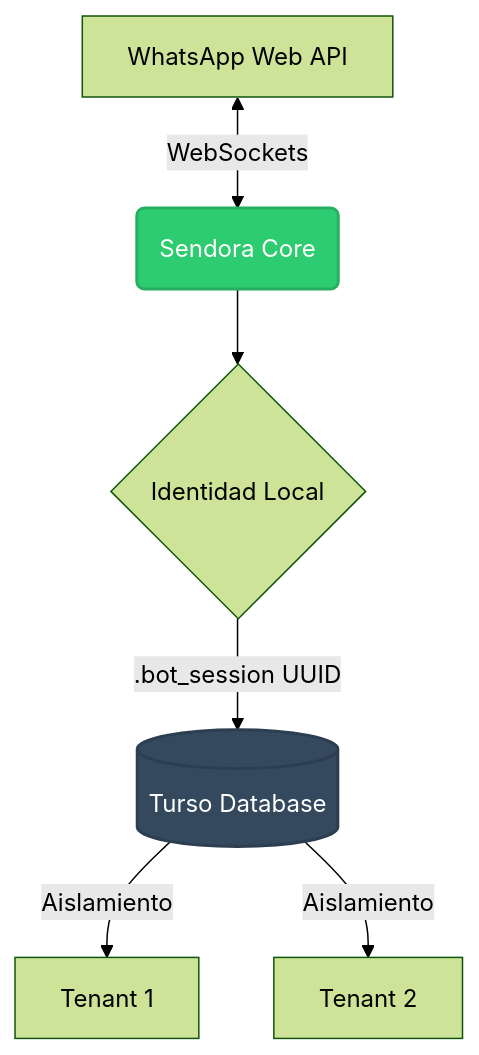
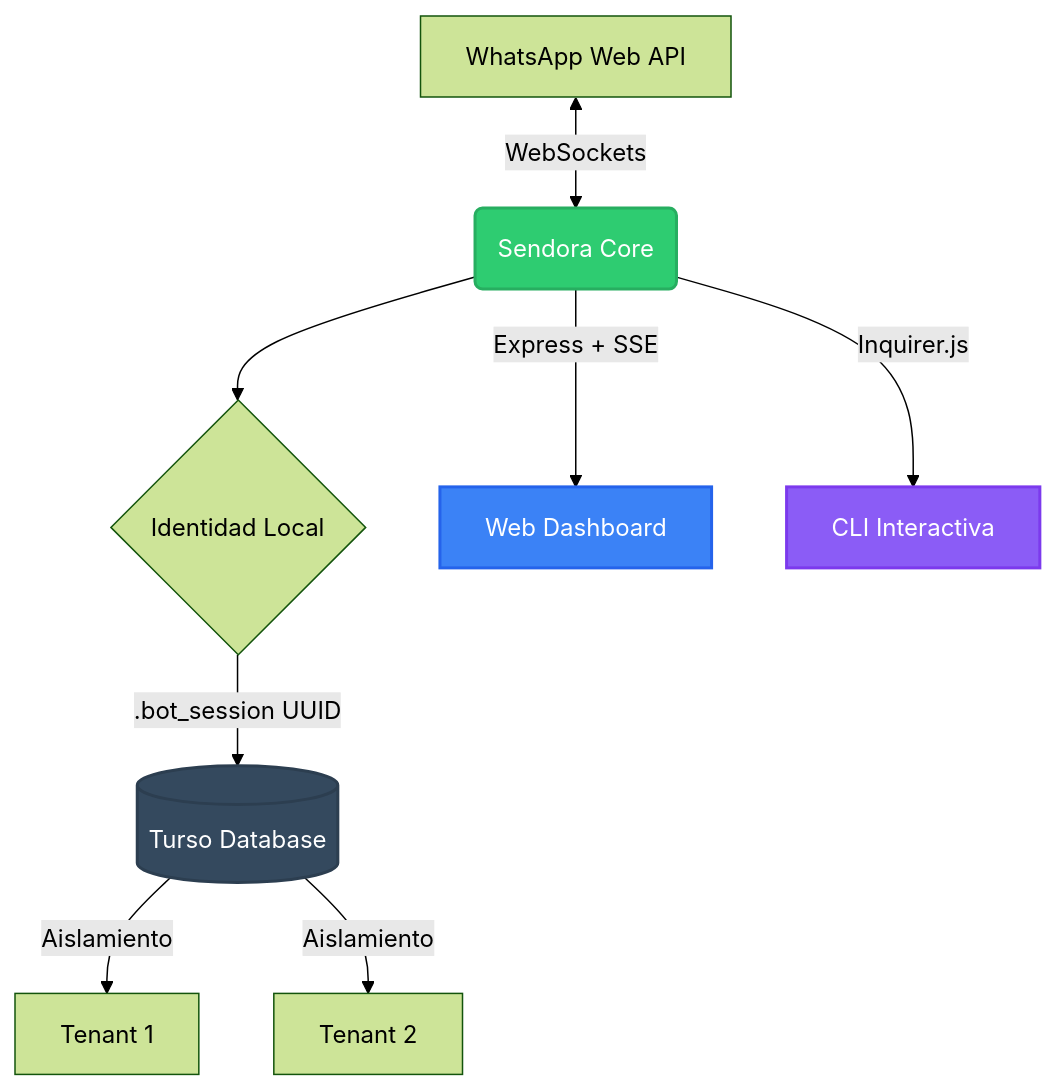
The diagram in README.md (TecTroncoso/Sendora), drawn with Mermaid (forest theme) before and after one commit. The commit also changed other lines of this file and 12 other files, not shown here.

````diff
--- a/README.md
+++ b/README.md
@@ -32,11 +32,15 @@
 ```mermaid
 graph TD
     A[WhatsApp Web API] <-->|WebSockets| B(Sendora Core)
     B --> C{Identidad Local}
     C -->|.bot_session UUID| D[(Turso Database)]
     D -->|Aislamiento| E[Tenant 1]
     D -->|Aislamiento| F[Tenant 2]
+    B -->|Express + SSE| G[Web Dashboard]
+    B -->|Inquirer.js| H[CLI Interactiva]
     
     style B fill:#2ecc71,stroke:#27ae60,stroke-width:2px,color:#fff
     style D fill:#34495e,stroke:#2c3e50,stroke-width:2px,color:#fff
+    style G fill:#3b82f6,stroke:#2563eb,stroke-width:2px,color:#fff
+    style H fill:#8b5cf6,stroke:#7c3aed,stroke-width:2px,color:#fff
 ```
````
